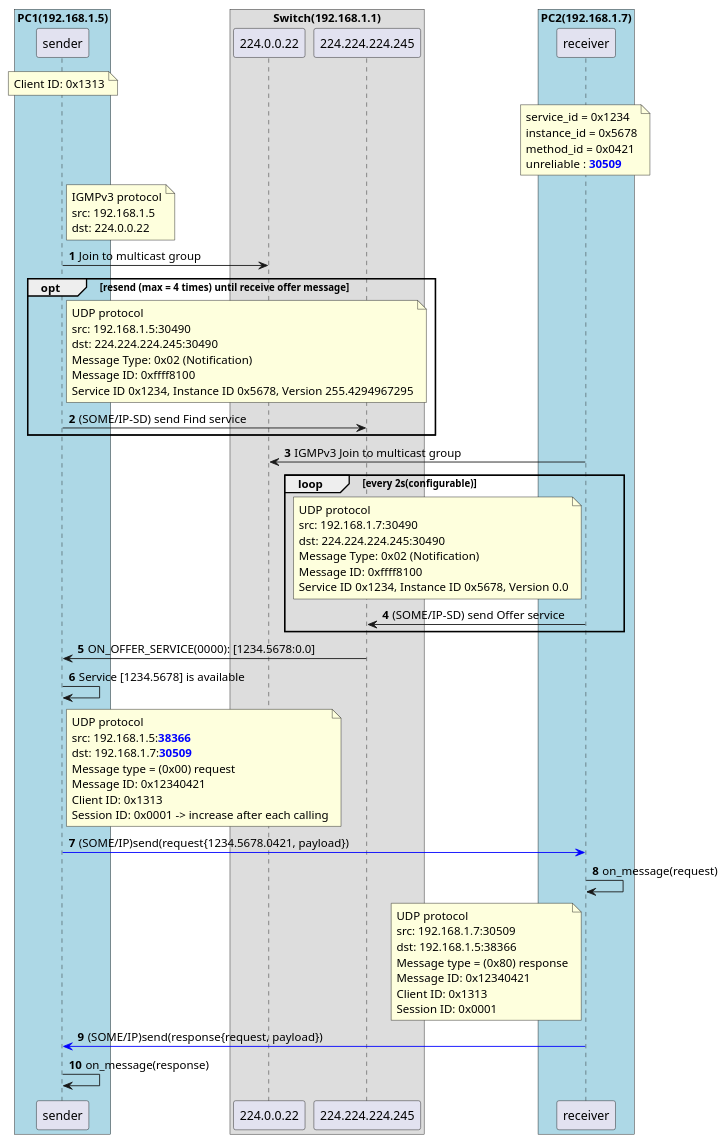
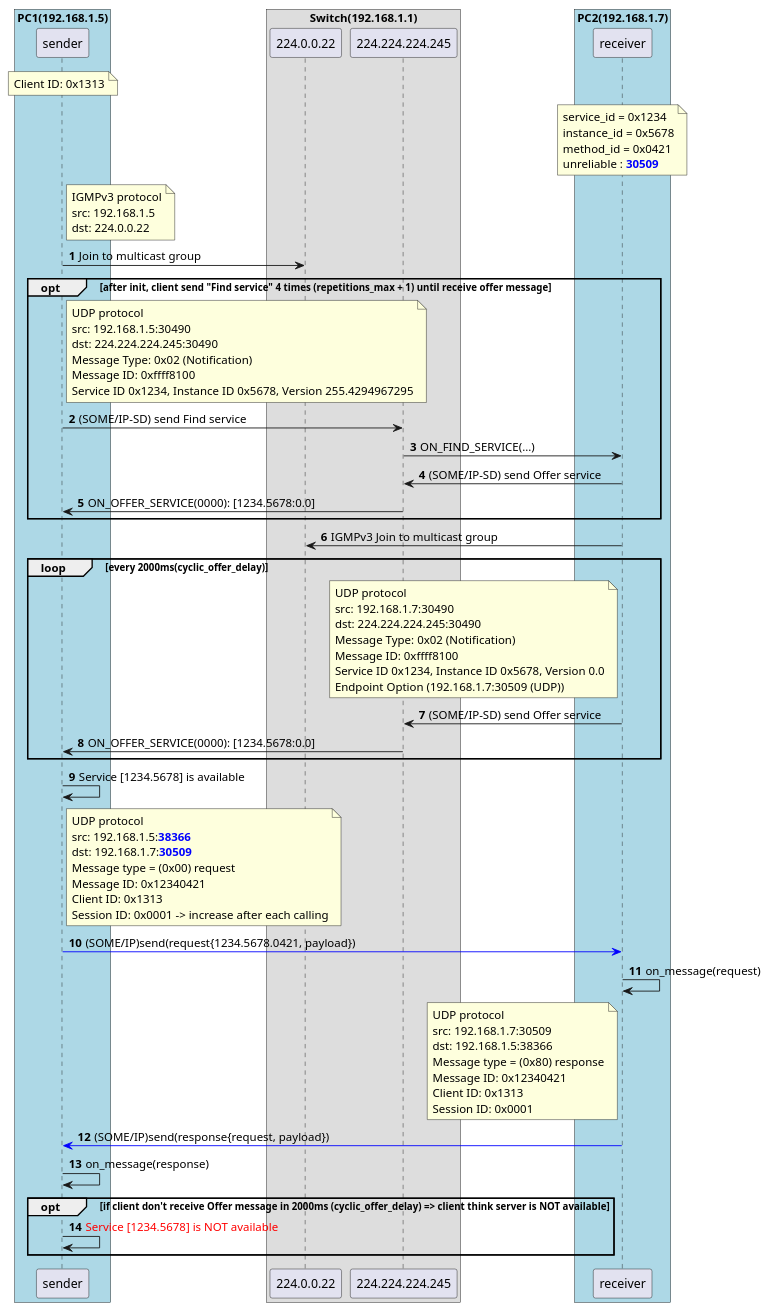
The diagram in doc/design/OverView.puml (minhthedt/vsomeip-example), drawn with PlantUML before and after one commit.

Commit message:
update design

```diff
--- a/doc/design/OverView.puml
+++ b/doc/design/OverView.puml
@@ -1,75 +1,83 @@
 @startuml
 autonumber
 box "PC1(192.168.1.5)" #LightBlue
 participant "sender" as client1
 end box
 box "Switch(192.168.1.1)"
 participant "224.0.0.22" as router_igmp
 participant "224.224.224.245" as rounter_mutilcast
 end box
 
 box "PC2(192.168.1.7)" #LightBlue
 participant "receiver" as client2
 
 end box
 note over client1: Client ID: 0x1313
 note over client2
-service_id = 0x1234
-instance_id = 0x5678
-method_id = 0x0421
-unreliable : **<color blue>30509</color>**
+    service_id = 0x1234
+    instance_id = 0x5678
+    method_id = 0x0421
+    unreliable : **<color blue>30509</color>**
 end note
 note right of client1: IGMPv3 protocol\nsrc: 192.168.1.5 \ndst: 224.0.0.22
 client1->router_igmp: Join to multicast group
 
-opt resend (max = 4 times) until receive offer message
+opt after init, client send "Find service" 4 times (repetitions_max + 1) until receive offer message
 note right of client1
-UDP protocol
-src: 192.168.1.5:30490
-dst: 224.224.224.245:30490
-Message Type: 0x02 (Notification)
-Message ID: 0xffff8100
-Service ID 0x1234, Instance ID 0x5678, Version 255.4294967295
+    UDP protocol
+    src: 192.168.1.5:30490
+    dst: 224.224.224.245:30490
+    Message Type: 0x02 (Notification)
+    Message ID: 0xffff8100
+    Service ID 0x1234, Instance ID 0x5678, Version 255.4294967295
 end note
 client1->rounter_mutilcast: (SOME/IP-SD) send Find service
+rounter_mutilcast->client2: ON_FIND_SERVICE(...)
+client2->rounter_mutilcast: (SOME/IP-SD) send Offer service
+rounter_mutilcast->client1: ON_OFFER_SERVICE(0000): [1234.5678:0.0]
 end
 client2->router_igmp: IGMPv3 Join to multicast group
-loop every 2s(configurable)
+loop every 2000ms(cyclic_offer_delay)
 note left of client2
-UDP protocol
-src: 192.168.1.7:30490
-dst: 224.224.224.245:30490
-Message Type: 0x02 (Notification)
-Message ID: 0xffff8100
-Service ID 0x1234, Instance ID 0x5678, Version 0.0
+    UDP protocol
+    src: 192.168.1.7:30490
+    dst: 224.224.224.245:30490
+    Message Type: 0x02 (Notification)
+    Message ID: 0xffff8100
+    Service ID 0x1234, Instance ID 0x5678, Version 0.0
+    Endpoint Option (192.168.1.7:30509 (UDP))
 end note
 client2->rounter_mutilcast: (SOME/IP-SD) send Offer service
+rounter_mutilcast->client1: ON_OFFER_SERVICE(0000): [1234.5678:0.0]
 end
 
-rounter_mutilcast->client1: ON_OFFER_SERVICE(0000): [1234.5678:0.0]
+
 client1->client1: Service [1234.5678] is available
 
 note right of client1
 UDP protocol
 src: 192.168.1.5:**<color blue>38366</color>** 
 dst: 192.168.1.7:**<color blue>30509</color>**
 Message type = (0x00) request
 Message ID: 0x12340421
 Client ID: 0x1313
 Session ID: 0x0001 -> increase after each calling
 end note
 client1-[#blue]>client2: (SOME/IP)send(request{1234.5678.0421, payload})
 client2->client2: on_message(request)
 
 note left of client2
 UDP protocol
 src: 192.168.1.7:30509
 dst: 192.168.1.5:38366
 Message type = (0x80) response
 Message ID: 0x12340421
 Client ID: 0x1313
 Session ID: 0x0001
 end note
 client2-[#blue]>client1: (SOME/IP)send(response{request, payload})
 client1->client1: on_message(response)
+opt if client don't receive Offer message in 2000ms (cyclic_offer_delay) => client think server is NOT available
+client1->client1: <color red>Service [1234.5678] is NOT available </color>
+end
 @enduml
```
